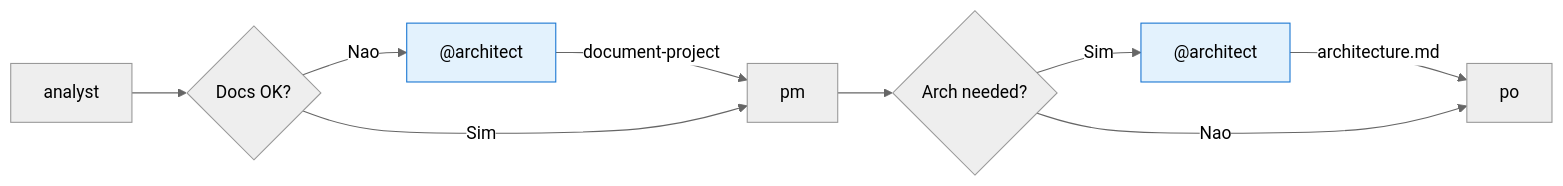
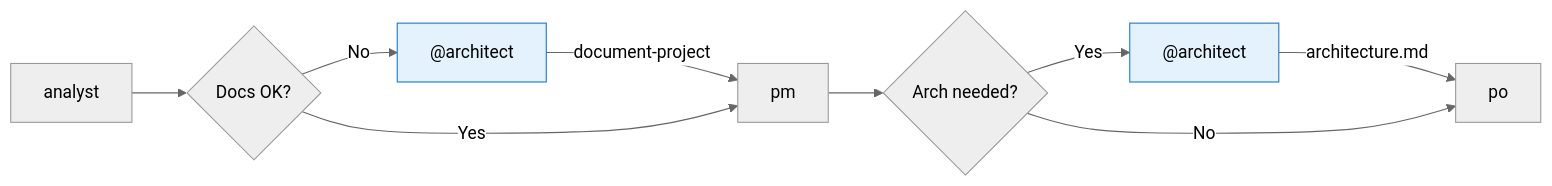
Before and after one commit to CyryxLabs/AEXOS: the fourth of 8 diagrams in docs/guides/agents/ARCHITECT-SYSTEM.md, drawn with Mermaid (neutral theme). The commit also changed other lines of this file and 528 other files, not shown here.

````diff
--- a/docs/guides/agents/ARCHITECT-SYSTEM.md
+++ b/docs/guides/agents/ARCHITECT-SYSTEM.md
@@ -282,14 +282,14 @@
 ```mermaid
 flowchart LR
     A[analyst] --> B{Docs OK?}
-    B -->|Nao| C["@architect"]
+    B -->|No| C["@architect"]
     C -->|"document-project"| D[pm]
-    B -->|Sim| D
+    B -->|Yes| D
     D --> E{Arch needed?}
-    E -->|Sim| F["@architect"]
+    E -->|Yes| F["@architect"]
     F -->|"architecture.md"| G[po]
-    E -->|Nao| G
+    E -->|No| G
 
     style C fill:#e3f2fd,stroke:#1976d2
     style F fill:#e3f2fd,stroke:#1976d2
 ```
````
